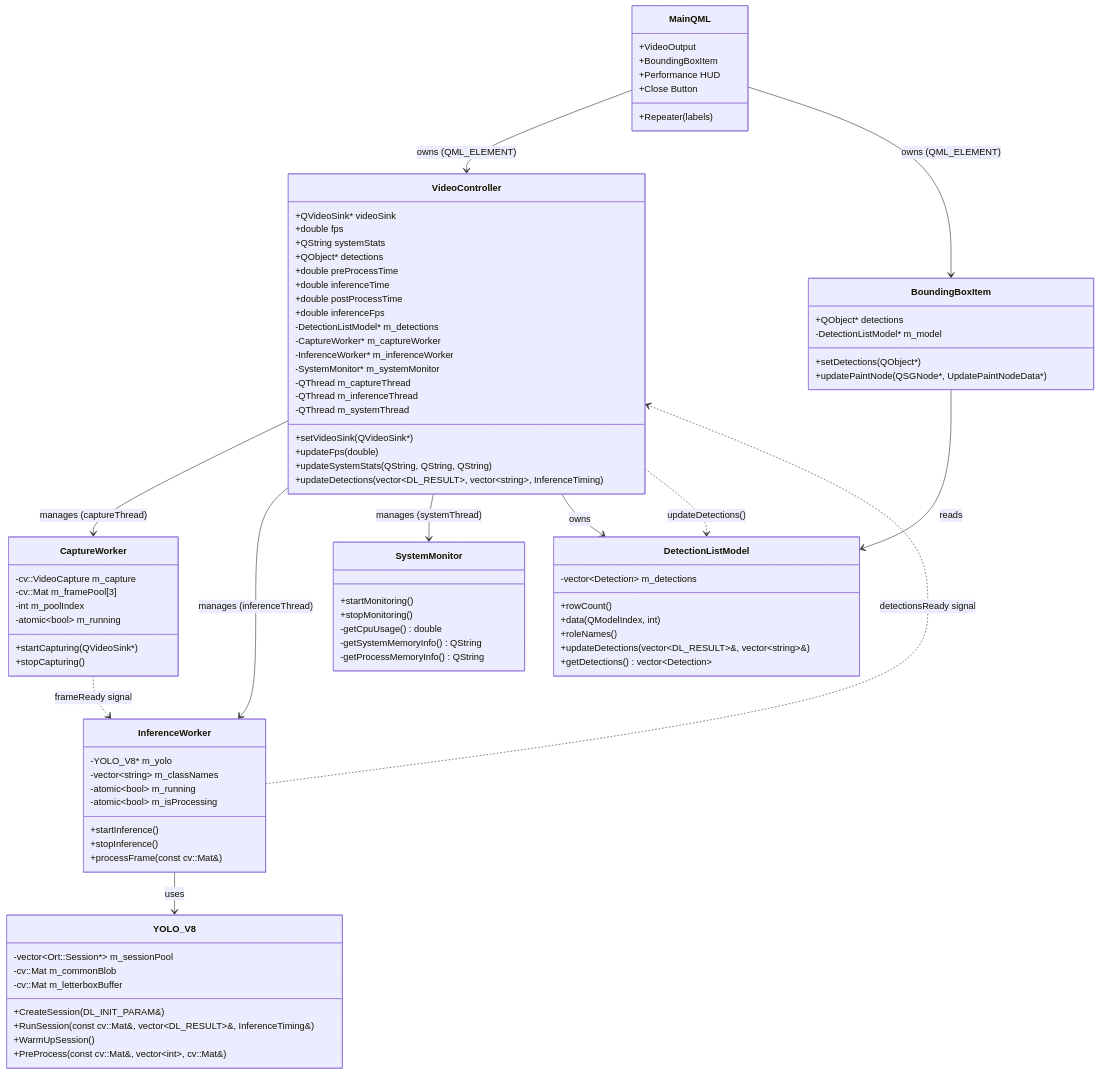
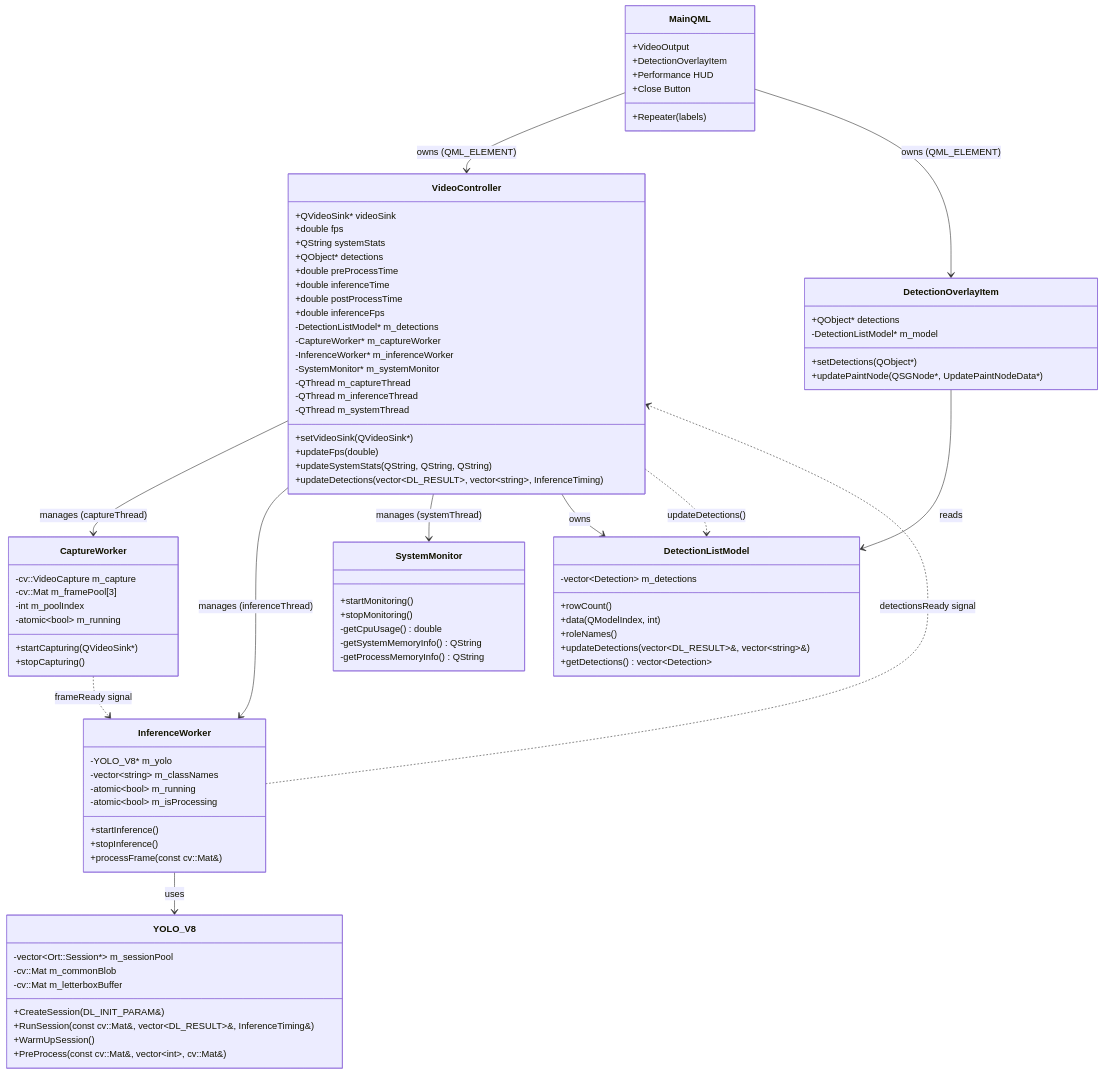
Before and after one commit to andhiyaulhaq/QtQML-YOLOApp: the first of 2 diagrams in docs/design-spec.md, drawn with Mermaid. The commit also changed other lines of this file and 9 other files, not shown here.

First line of the commit message:
refactor: rename BoundingBoxItem to DetectionOverlayItem

````diff
--- a/docs/design-spec.md
+++ b/docs/design-spec.md
@@ -68,7 +68,7 @@
         -vector~Detection~ m_detections
     }
 
-    class BoundingBoxItem {
+    class DetectionOverlayItem {
         +QObject* detections
         +setDetections(QObject*)
         +updatePaintNode(QSGNode*, UpdatePaintNodeData*)
@@ -85,14 +85,14 @@
 
     class MainQML {
         +VideoOutput
-        +BoundingBoxItem
+        +DetectionOverlayItem
         +Repeater (labels)
         +Performance HUD
         +Close Button
     }
 
     MainQML --> VideoController : owns (QML_ELEMENT)
-    MainQML --> BoundingBoxItem : owns (QML_ELEMENT)
+    MainQML --> DetectionOverlayItem : owns (QML_ELEMENT)
     VideoController --> CaptureWorker : manages (captureThread)
     VideoController --> InferenceWorker : manages (inferenceThread)
     VideoController --> SystemMonitor : manages (systemThread)
@@ -101,5 +101,5 @@
     InferenceWorker --> YOLO_V8 : uses
     InferenceWorker ..> VideoController : detectionsReady signal
     VideoController ..> DetectionListModel : updateDetections()
-    BoundingBoxItem --> DetectionListModel : reads
+    DetectionOverlayItem --> DetectionListModel : reads
 ```
````
